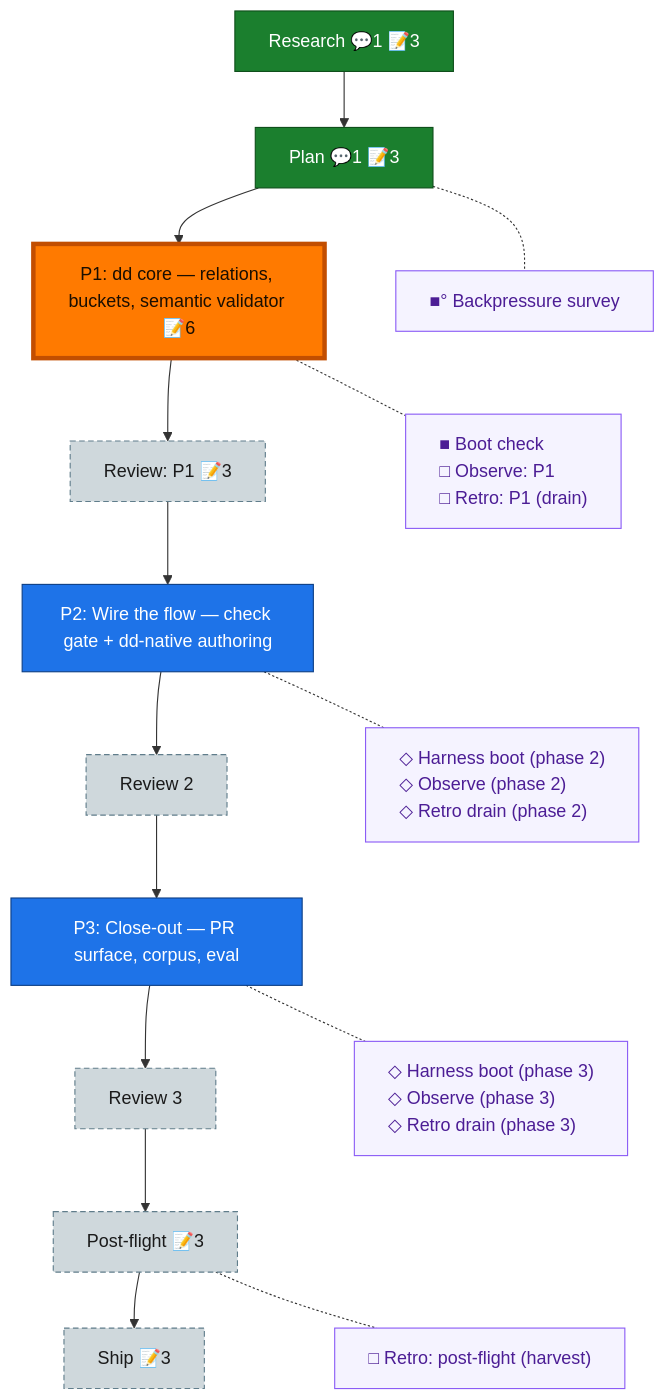
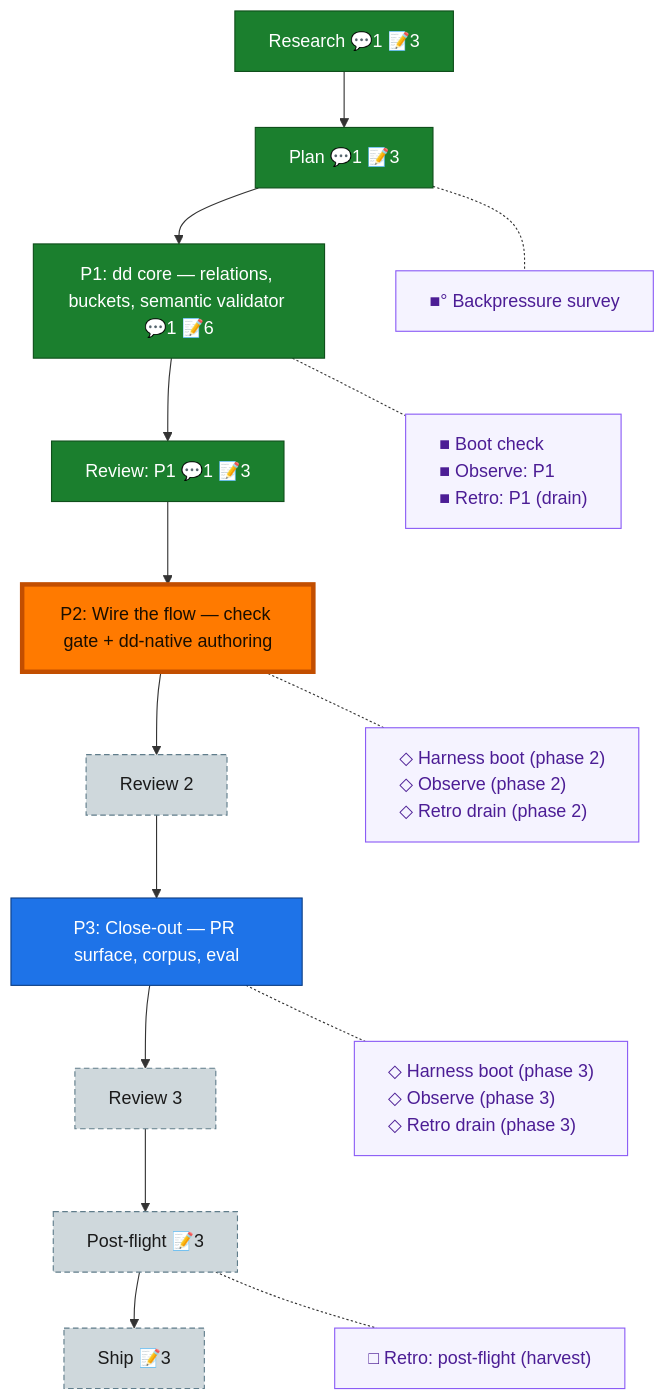
Before and after one commit to AI-Substrate/harness-engineering: the diagram in docs/plans/070-dd-native-builder/the-flow.md, drawn with Mermaid. The commit also changed other lines of this file and 2 other files, not shown here.

First line of the commit message:
docs(070): phase-1 boundary receipts — observe-1/retro-1 drained (9 entries), phase-1+review-1 closed, nav on phase-2

````diff
--- a/docs/plans/070-dd-native-builder/the-flow.md
+++ b/docs/plans/070-dd-native-builder/the-flow.md
@@ -8,39 +8,38 @@
 ```mermaid
 flowchart TD
     research["Research 💬1 📝3"]:::done
     plan["Plan 💬1 📝3"]:::done
-    phase_1["P1: dd core — relations, buckets, semantic validator 📝6"]:::wip
-    review_1["Review: P1 📝3"]:::assumed
+    phase_1["P1: dd core — relations, buckets, semantic validator 💬1 📝6"]:::done
+    review_1["Review: P1 💬1 📝3"]:::done
     phase_2["P2: Wire the flow — check gate + dd-native authoring"]:::known
     review_2["Review 2"]:::assumed
     phase_3["P3: Close-out — PR surface, corpus, eval"]:::known
     review_3["Review 3"]:::assumed
     post_flight["Post-flight 📝3"]:::assumed
     ship["Ship 📝3"]:::assumed
 
     research --> plan --> phase_1 --> review_1 --> phase_2 --> review_2 --> phase_3 --> review_3 --> post_flight --> ship
 
     planC["■° Backpressure survey"]:::chore
-    phase_1C["■ Boot check<br/>□ Observe: P1<br/>□ Retro: P1 (drain)"]:::chore
+    phase_1C["■ Boot check<br/>■ Observe: P1<br/>■ Retro: P1 (drain)"]:::chore
     phase_2C["◇ Harness boot (phase 2)<br/>◇ Observe (phase 2)<br/>◇ Retro drain (phase 2)"]:::chore
     phase_3C["◇ Harness boot (phase 3)<br/>◇ Observe (phase 3)<br/>◇ Retro drain (phase 3)"]:::chore
     post_flightC["□ Retro: post-flight (harvest)"]:::chore
 
     %% invisible chain holds the gutter boxes in their own column
     planC ~~~ phase_1C ~~~ phase_2C ~~~ phase_3C ~~~ post_flightC
 
     %% dotted links pull each gutter box beside its node
     plan -.- planC
     phase_1 -.- phase_1C
     phase_2 -.- phase_2C
     phase_3 -.- phase_3C
     post_flight -.- post_flightC
 
     classDef done fill:#1B7F2E,stroke:#0F4F1B,color:#fff;
-    classDef wip fill:#43C04A,stroke:#1B7F2E,color:#04210A;
     classDef known fill:#1E73E8,stroke:#0D3F86,color:#fff;
     classDef assumed fill:#CFD8DC,stroke:#607D8B,color:#1a1a1a,stroke-dasharray:5 3;
     classDef chore fill:#f5f3ff,stroke:#8b5cf6,color:#4c1d95,text-align:left;
     classDef current fill:#FF7A00,stroke:#C24E00,color:#1a0e00,stroke-width:4px;
-    class phase_1 current;
+    class phase_2 current;
 ```
````
